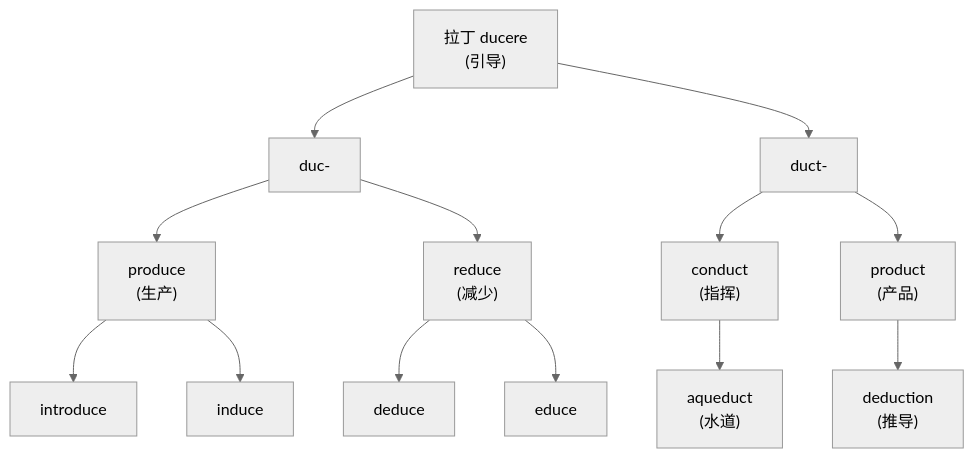
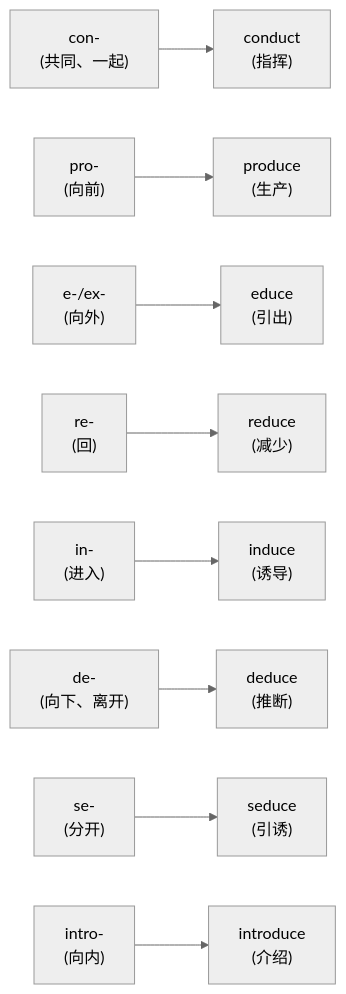
One commit to swiftczz/roots-affixes-book changed the second of 5 diagrams in 02-拉丁之根/第05章-ducere家族.md. Above: the diagram before and after it, drawn with Mermaid (neutral theme). The commit also changed other lines of this file and 23 other files, not shown here.

````diff
--- a/02-拉丁之根/第05章-ducere家族.md
+++ b/02-拉丁之根/第05章-ducere家族.md
@@ -77,18 +77,11 @@
 ```mermaid
-flowchart TD
-    ducere["拉丁 ducere<br/>(引导)"]
-    ducere --> duc["duc-"]
-    ducere --> duct["duct-"]
-
-    duc --> produce["produce<br/>(生产)"]
-    duc --> reduce["reduce<br/>(减少)"]
-    produce --> introduce["introduce"]
-    produce --> induce["induce"]
-    reduce --> deduce["deduce"]
-    reduce --> educe["educe"]
-
-    duct --> conduct["conduct<br/>(指挥)"]
-    duct --> product["product<br/>(产品)"]
-    conduct --> aqueduct["aqueduct<br/>(水道)"]
-    product --> deduction["deduction<br/>(推导)"]
+flowchart LR
+    con["con-<br/>(共同、一起)"] --> conduct["conduct<br/>(指挥)"]
+    pro["pro-<br/>(向前)"] --> produce["produce<br/>(生产)"]
+    ex["e-/ex-<br/>(向外)"] --> educe["educe<br/>(引出)"]
+    re["re-<br/>(回)"] --> reduce["reduce<br/>(减少)"]
+    in["in-<br/>(进入)"] --> induce["induce<br/>(诱导)"]
+    de["de-<br/>(向下、离开)"] --> deduce["deduce<br/>(推断)"]
+    se["se-<br/>(分开)"] --> seduce["seduce<br/>(引诱)"]
+    intro["intro-<br/>(向内)"] --> introduce["introduce<br/>(介绍)"]
 ```
````
